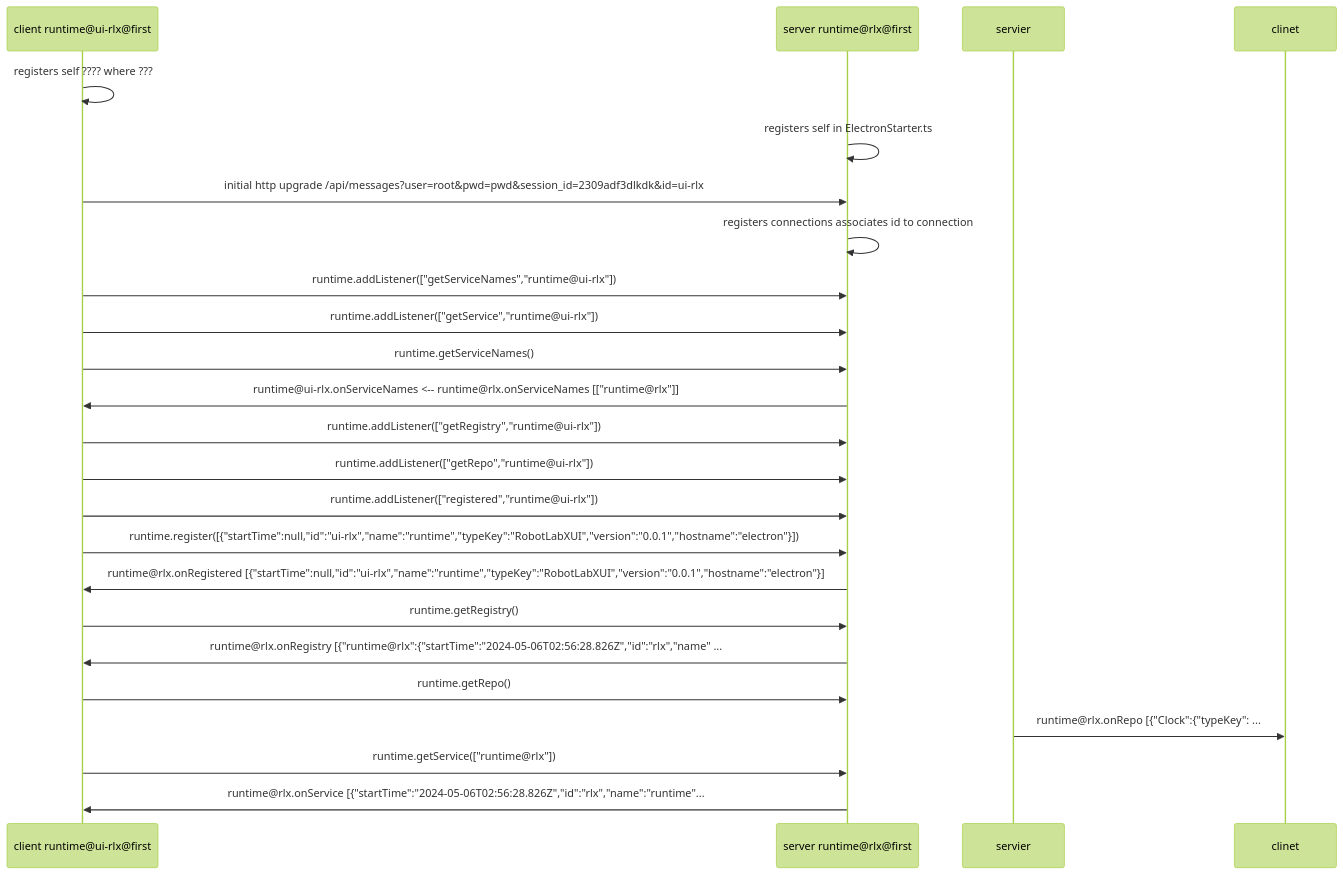
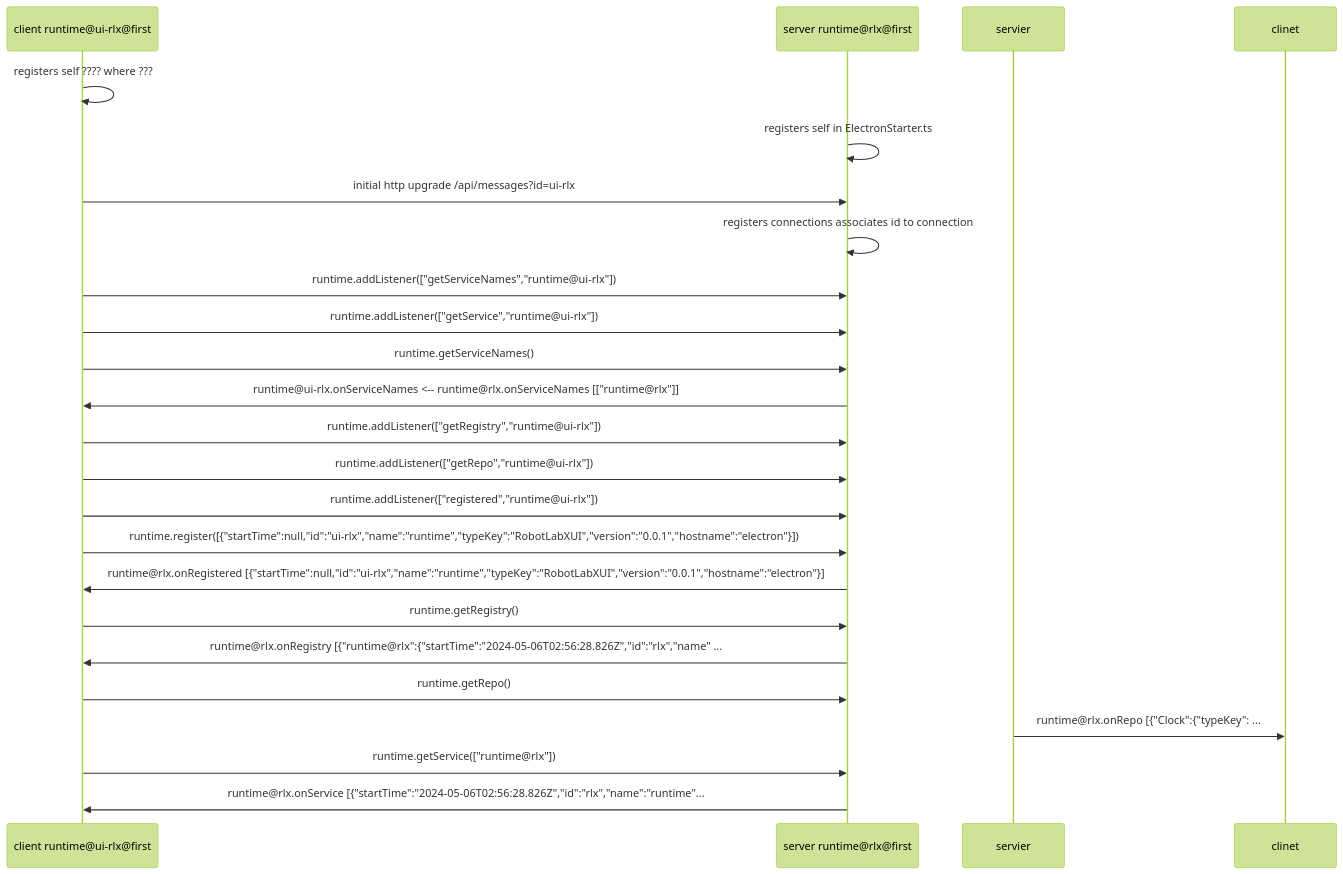
One commit to RobotLab-X/robotlab-x changed the diagram in README.md. Above: the diagram before and after it, drawn with Mermaid (forest theme). The commit also changed 5 other files, not shown here.

````diff
--- a/README.md
+++ b/README.md
@@ -1,43 +1,43 @@
 ```mermaid
 sequenceDiagram
     participant client as client runtime@ui-rlx@first
     participant server as server runtime@rlx@first
 
     client->>client: registers self ???? where ???
     server->>server: registers self in ElectronStarter.ts
     %%Note right of server: registers self in ElectronStarter.ts
-    client->>server: initial http upgrade /api/messages?user=root&pwd=pwd&session_id=2309adf3dlkdk&id=ui-rlx
+    client->>server: initial http upgrade /api/messages?id=ui-rlx
     server->>server: registers connections associates id to connection
 
     %%Note over client,server: added listeners
     client->>server: runtime.addListener(["getServiceNames","runtime@ui-rlx"])
     client->>server: runtime.addListener(["getService","runtime@ui-rlx"])
     client->>server: runtime.getServiceNames()
 
     server->>client: runtime@ui-rlx.onServiceNames <-- runtime@rlx.onServiceNames [["runtime@rlx"]]
 
 
     %%Note over client,server: added more listeners
     client->>server: runtime.addListener(["getRegistry","runtime@ui-rlx"])
     client->>server: runtime.addListener(["getRepo","runtime@ui-rlx"])
     client->>server: runtime.addListener(["registered","runtime@ui-rlx"])
 
     client->>server: runtime.register([{"startTime":null,"id":"ui-rlx","name":"runtime","typeKey":"RobotLabXUI","version":"0.0.1","hostname":"electron"}])
 
     server->>client: runtime@rlx.onRegistered [{"startTime":null,"id":"ui-rlx","name":"runtime","typeKey":"RobotLabXUI","version":"0.0.1","hostname":"electron"}]
 
     client->>server: runtime.getRegistry()
 
     server->>client: runtime@rlx.onRegistry [{"runtime@rlx":{"startTime":"2024-05-06T02:56:28.826Z","id":"rlx","name" ...
 
     client->>server: runtime.getRepo()
 
     servier->>clinet: runtime@rlx.onRepo [{"Clock":{"typeKey": ...
 
     client->>server: runtime.getService(["runtime@rlx"])
 
     server->>client: runtime@rlx.onService [{"startTime":"2024-05-06T02:56:28.826Z","id":"rlx","name":"runtime"...
 
     %%Note over client,server: Service A is the client sending requests.<br> Service B processes them and responds.
 
 ```
````
